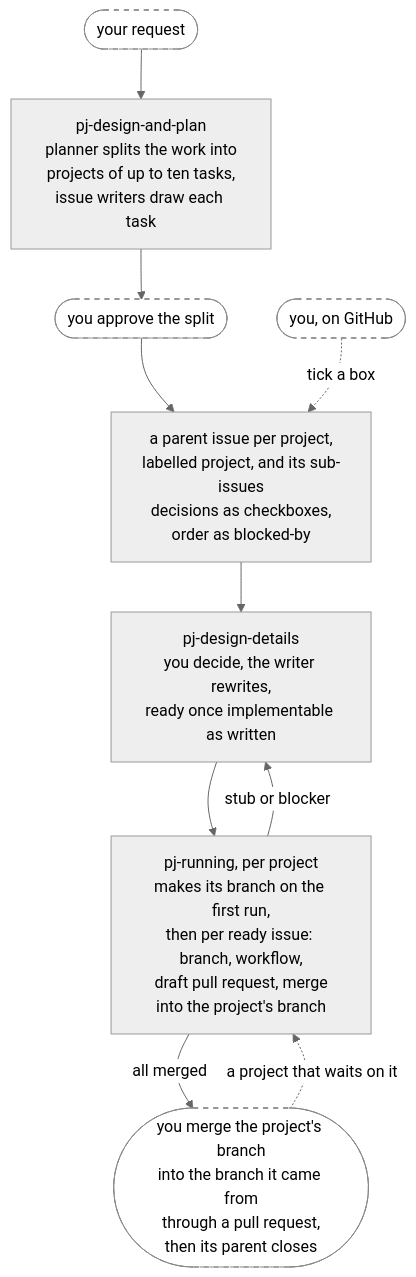
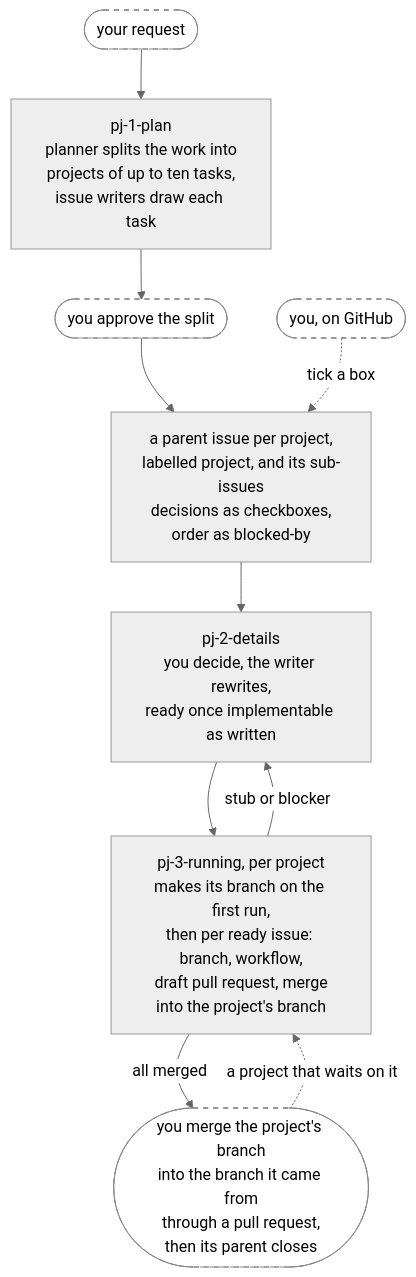
Before and after one commit to annetaan/claude-plugins: the second of 3 diagrams in plugins/annetaan/README.md, drawn with Mermaid (neutral theme). The commit also changed other lines of this file and 14 other files, not shown here.

First line of the commit message:
feat: rename the pj skills to pj-1-plan, pj-2-details and pj-3-running (#13)

````diff
--- a/plugins/annetaan/README.md
+++ b/plugins/annetaan/README.md
@@ -141,15 +141,15 @@
 ```mermaid
 flowchart TD
-    req(["your request"]) --> plan["pj-design-and-plan<br/>planner splits the work into<br/>projects of up to ten tasks,<br/>issue writers draw each task"]
+    req(["your request"]) --> plan["pj-1-plan<br/>planner splits the work into<br/>projects of up to ten tasks,<br/>issue writers draw each task"]
     plan --> approve(["you approve the split"]) --> filed["a parent issue per project,<br/>labelled project, and its sub-issues<br/>decisions as checkboxes,<br/>order as blocked-by"]
-    filed --> details["pj-design-details<br/>you decide, the writer rewrites,<br/>ready once implementable as written"]
-    details --> run["pj-running, per project<br/>makes its branch on the first run,<br/>then per ready issue: branch, workflow,<br/>draft pull request, merge<br/>into the project's branch"]
+    filed --> details["pj-2-details<br/>you decide, the writer rewrites,<br/>ready once implementable as written"]
+    details --> run["pj-3-running, per project<br/>makes its branch on the first run,<br/>then per ready issue: branch, workflow,<br/>draft pull request, merge<br/>into the project's branch"]
     run -->|"stub or blocker"| details
     run -->|"all merged"| done(["you merge the project's branch<br/>into the branch it came from<br/>through a pull request,<br/>then its parent closes"])
     done -.->|"a project that waits on it"| run
 
     you(["you, on GitHub"]) -.->|"tick a box"| filed
 
     classDef human fill:#fff,stroke:#888,stroke-dasharray: 5 5
     class req,approve,you,done human
 ```
````
